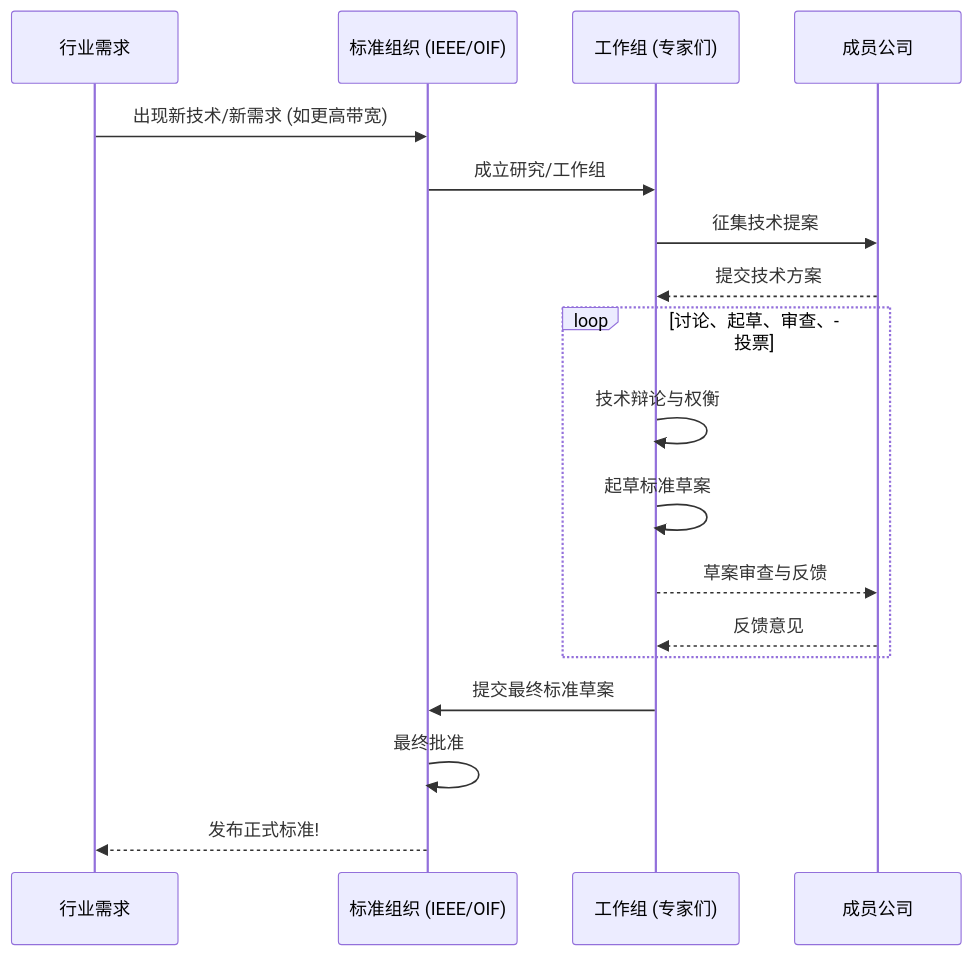
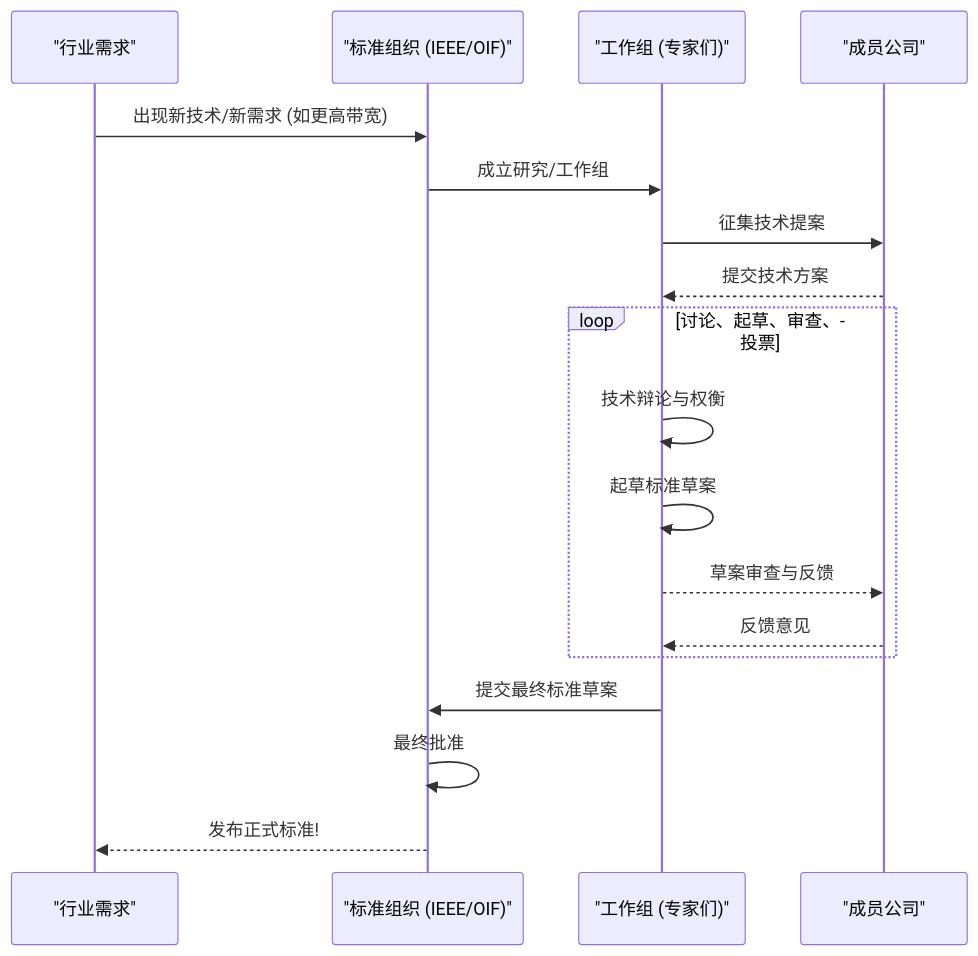
One commit to jueshi/PocketFlow-Tutorial-Codebase-Knowledge changed the fourth of 4 diagrams in output/Data_Center_Ethernet_Technology_and_Evolution_to_224_Gbps/04_行业标准与规范__oif_ieee__.md. Above: the diagram before and after it, drawn with Mermaid. The commit also changed other lines of this file and 282 other files, not shown here.

````diff
--- a/output/Data_Center_Ethernet_Technology_and_Evolution_to_224_Gbps/04_行业标准与规范__oif_ieee__.md
+++ b/output/Data_Center_Ethernet_Technology_and_Evolution_to_224_Gbps/04_行业标准与规范__oif_ieee__.md
@@ -219,21 +216,21 @@
 ```mermaid
 sequenceDiagram
-    participant Industry as 行业需求
-    participant SDO as 标准组织 (IEEE/OIF)
-    participant WG as 工作组 (专家们)
-    participant Companies as 成员公司
+    participant Industry as "行业需求"
+    participant SDO as "标准组织 (IEEE/OIF)"
+    participant WG as "工作组 (专家们)"
+    participant Companies as "成员公司"
 
     Industry->>SDO: 出现新技术/新需求 (如更高带宽)
     SDO->>WG: 成立研究/工作组
     WG->>Companies: 征集技术提案
     Companies-->>WG: 提交技术方案
     loop 讨论、起草、审查、投票
         WG->>WG: 技术辩论与权衡
         WG->>WG: 起草标准草案
         WG-->>Companies: 草案审查与反馈
         Companies-->>WG: 反馈意见
     end
     WG->>SDO: 提交最终标准草案
     SDO->>SDO: 最终批准
     SDO-->>Industry: 发布正式标准!
 ```
````
